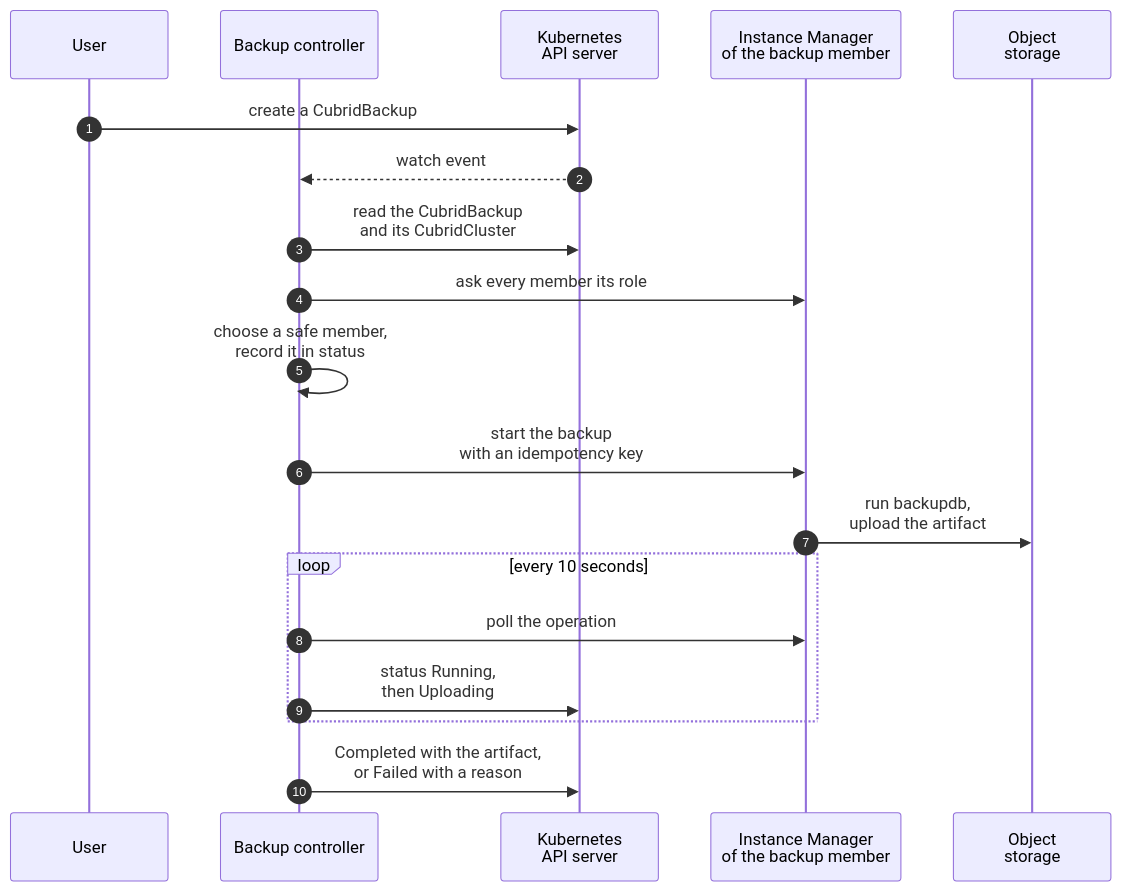
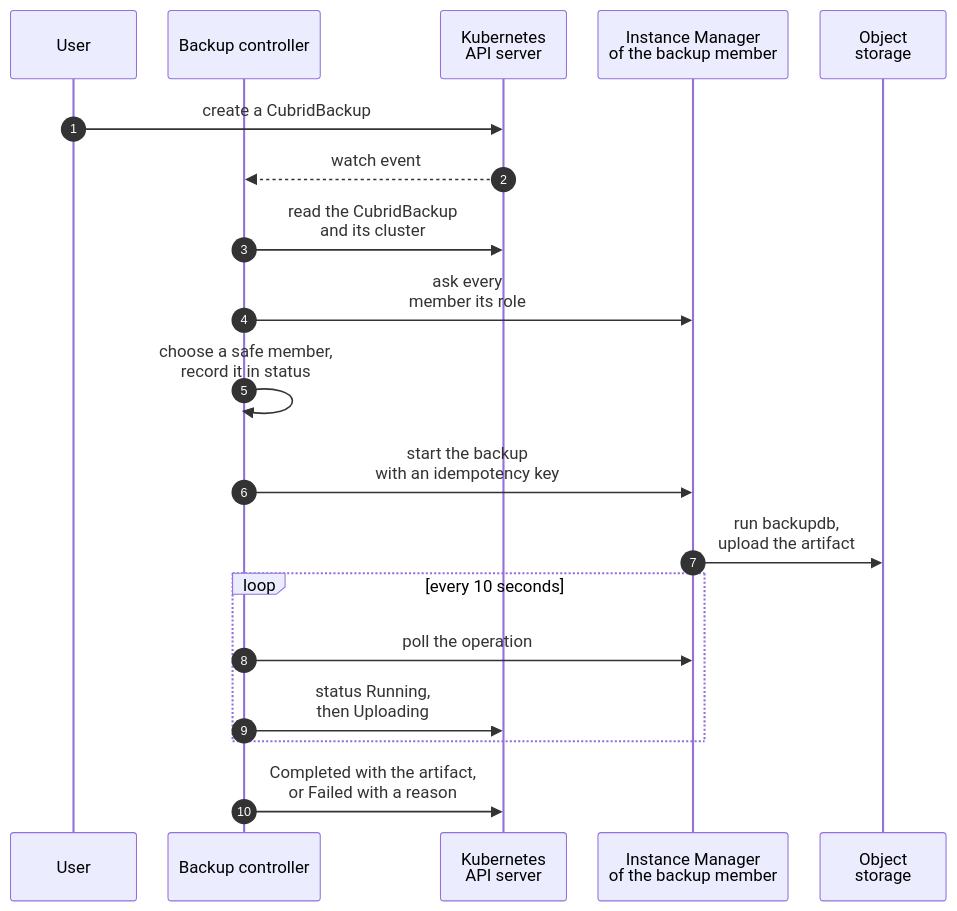
One commit to cubrid-lab/cubrid-kubernetes-operator changed the third of 3 diagrams in docs/architecture/reconciliation.md. Above: the diagram before and after it, drawn with Mermaid. The commit also changed other lines of this file and 3 other files, not shown here.

Commit message:
docs(architecture): narrow the sequence diagrams and keep member order

````diff
--- a/docs/architecture/reconciliation.md
+++ b/docs/architecture/reconciliation.md
@@ -132,22 +133,23 @@
 ```mermaid
+%%{init: {"sequence": {"actorMargin": 30, "width": 120}}}%%
 sequenceDiagram
     autonumber
     participant U as User
     participant BC as Backup controller
     participant API as Kubernetes<br/>API server
     participant IM as Instance Manager<br/>of the backup member
     participant OS as Object<br/>storage
 
     U->>API: create a CubridBackup
     API-->>BC: watch event
-    BC->>API: read the CubridBackup<br/>and its CubridCluster
-    BC->>IM: ask every member its role
+    BC->>API: read the CubridBackup<br/>and its cluster
+    BC->>IM: ask every<br/>member its role
     BC->>BC: choose a safe member,<br/>record it in status
     BC->>IM: start the backup<br/>with an idempotency key
     IM->>OS: run backupdb,<br/>upload the artifact
     loop every 10 seconds
         BC->>IM: poll the operation
         BC->>API: status Running,<br/>then Uploading
     end
     BC->>API: Completed with the artifact,<br/>or Failed with a reason
 ```
````
